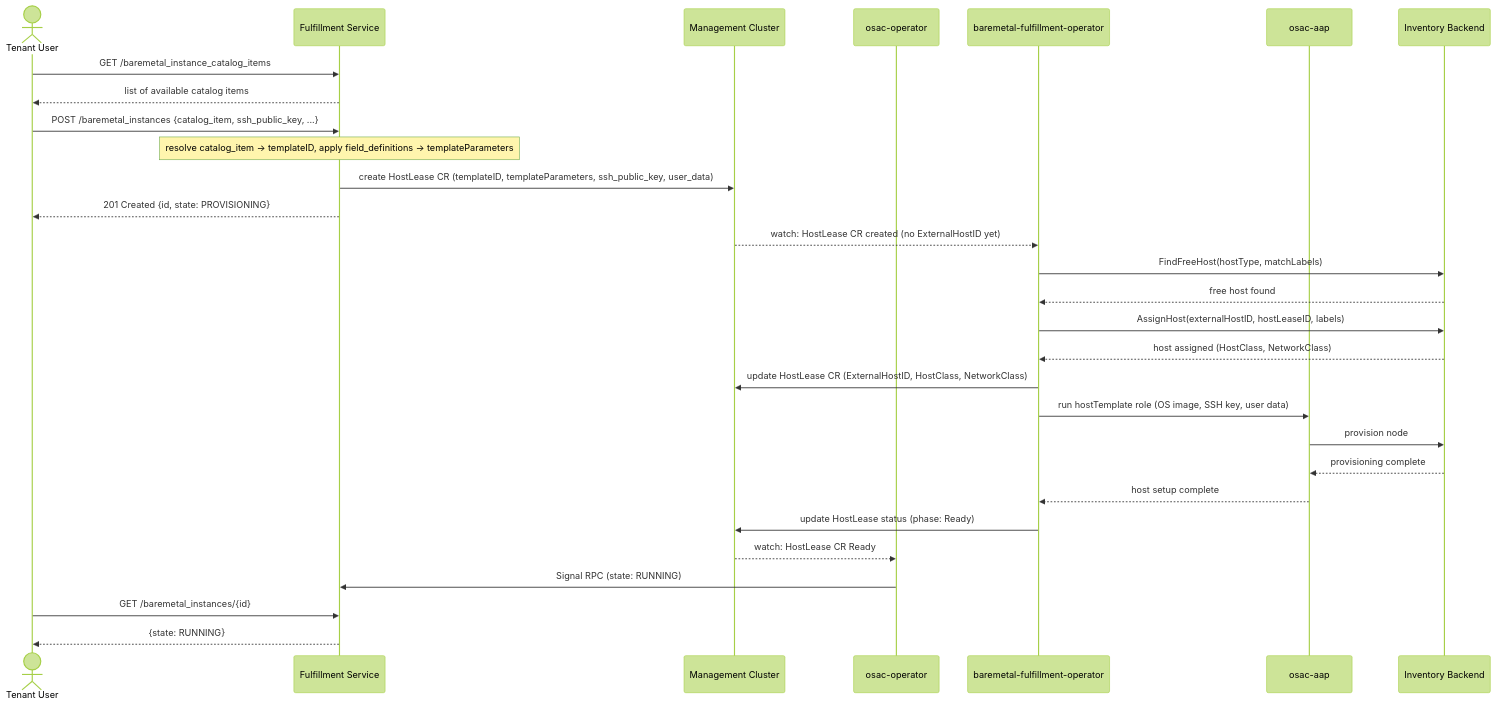
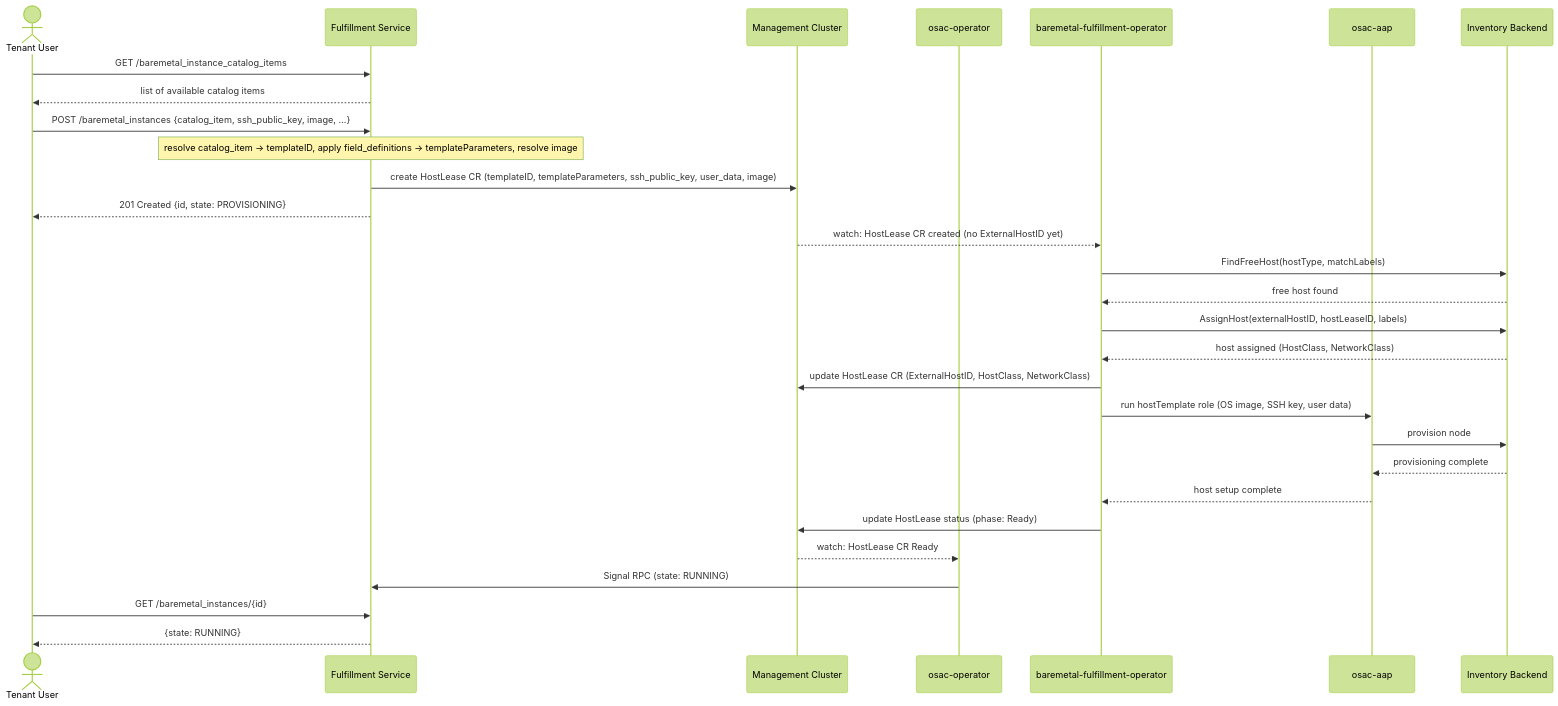
The diagram in enhancements/baremetal-instance-api/README.md (osac-project/enhancement-proposals), drawn with Mermaid (forest theme) before and after one commit. The commit also changed other lines of this file, not shown here.

First line of the commit message:
OSAC-1971: add OS base image field to BareMetalInstance EP

````diff
--- a/enhancements/baremetal-instance-api/README.md
+++ b/enhancements/baremetal-instance-api/README.md
@@ -116,36 +117,36 @@
 ```mermaid
 sequenceDiagram
     actor TU as Tenant User
     participant FS as Fulfillment Service
     participant MC as Management Cluster
     participant OP as osac-operator
     participant BMF as baremetal-fulfillment-operator
     participant AAP as osac-aap
     participant INV as Inventory Backend
 
     TU->>FS: GET /baremetal_instance_catalog_items
     FS-->>TU: list of available catalog items
 
-    TU->>FS: POST /baremetal_instances {catalog_item, ssh_public_key, ...}
-    Note over FS: resolve catalog_item → templateID, apply field_definitions → templateParameters
-    FS->>MC: create HostLease CR (templateID, templateParameters, ssh_public_key, user_data)
+    TU->>FS: POST /baremetal_instances {catalog_item, ssh_public_key, image, ...}
+    Note over FS: resolve catalog_item → templateID, apply field_definitions → templateParameters, resolve image
+    FS->>MC: create HostLease CR (templateID, templateParameters, ssh_public_key, user_data, image)
     FS-->>TU: 201 Created {id, state: PROVISIONING}
 
     MC-->>BMF: watch: HostLease CR created (no ExternalHostID yet)
     BMF->>INV: FindFreeHost(hostType, matchLabels)
     INV-->>BMF: free host found
     BMF->>INV: AssignHost(externalHostID, hostLeaseID, labels)
     INV-->>BMF: host assigned (HostClass, NetworkClass)
     BMF->>MC: update HostLease CR (ExternalHostID, HostClass, NetworkClass)
     BMF->>AAP: run hostTemplate role (OS image, SSH key, user data)
     AAP->>INV: provision node
     INV-->>AAP: provisioning complete
     AAP-->>BMF: host setup complete
     BMF->>MC: update HostLease status (phase: Ready)
 
     MC-->>OP: watch: HostLease CR Ready
     OP->>FS: Signal RPC (state: RUNNING)
 
     TU->>FS: GET /baremetal_instances/{id}
     FS-->>TU: {state: RUNNING}
 ```
````
